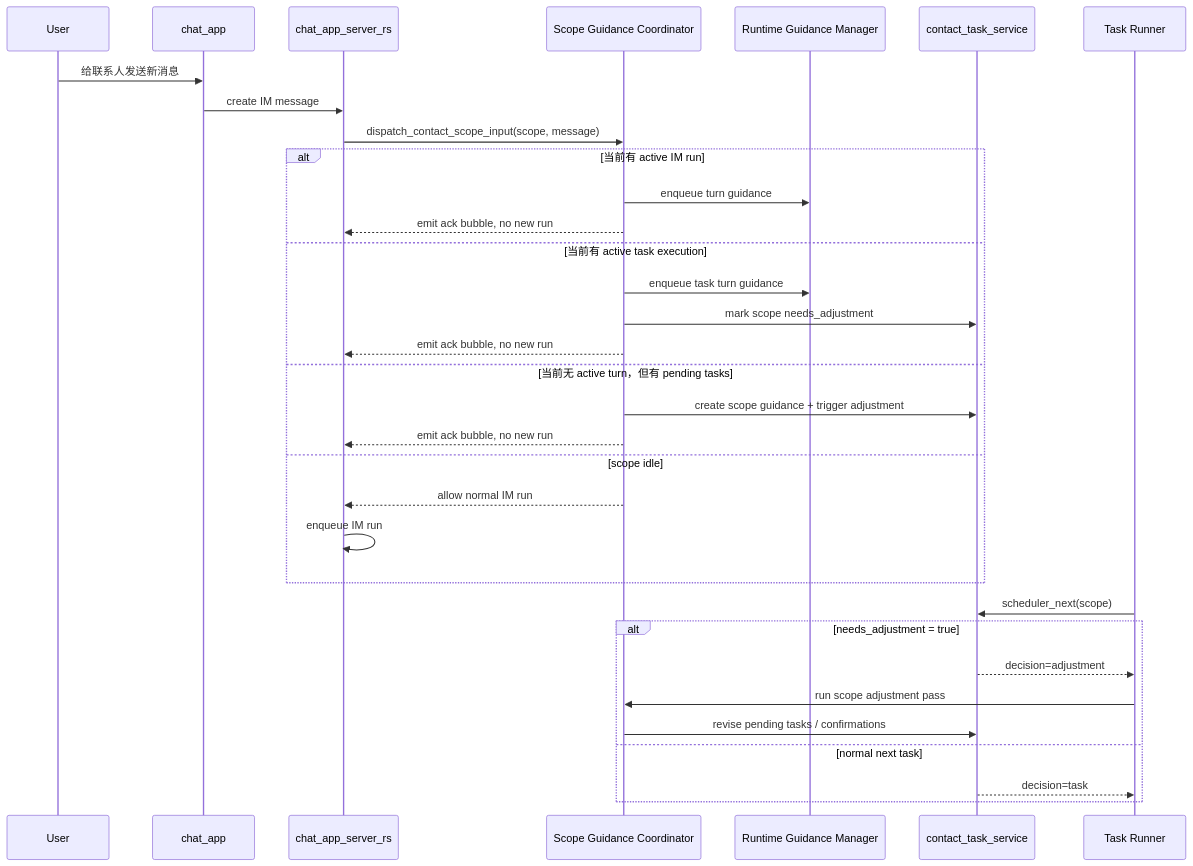
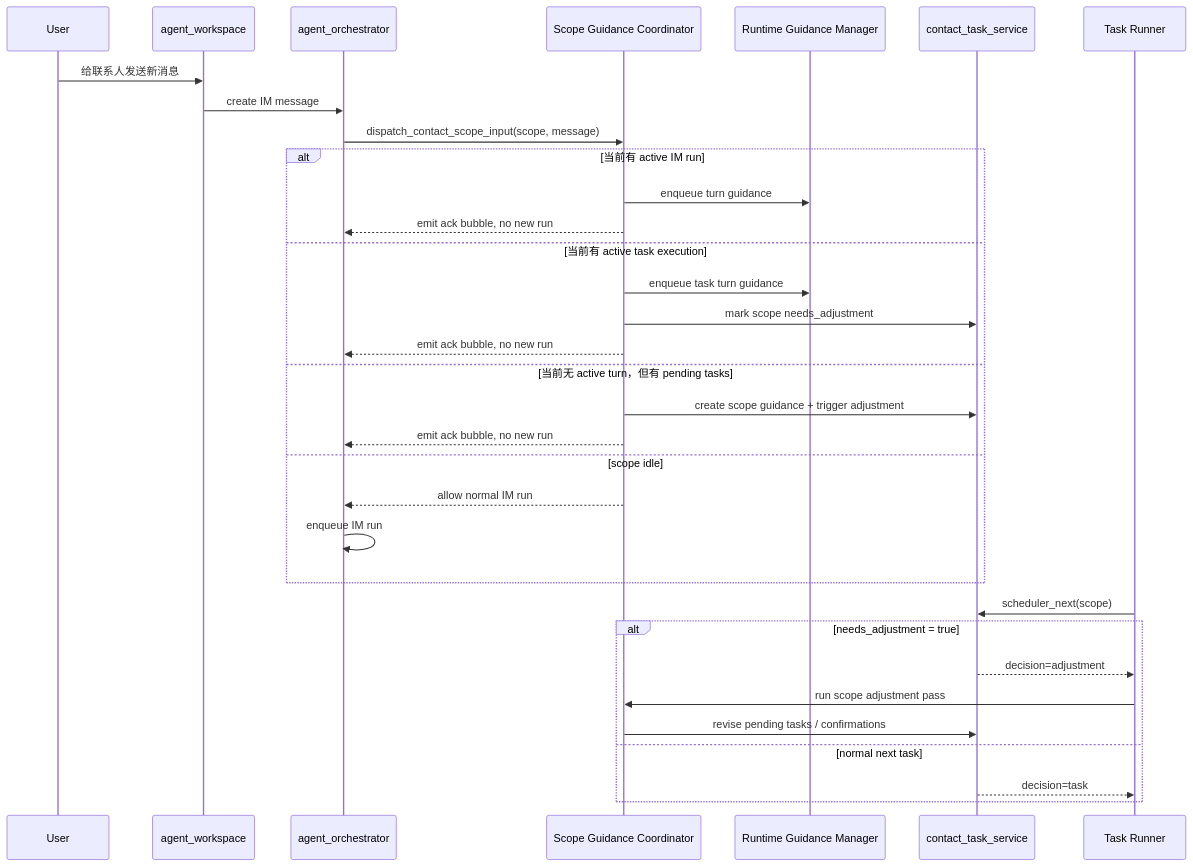
One commit to leeoohoo/chatos_rs changed the second of 2 diagrams in CONTACT_SCOPE_GUIDANCE_PLAN_2026-04-07.md. Above: the diagram before and after it, drawn with Mermaid. The commit also changed 718 other files, not shown here.

````diff
--- a/CONTACT_SCOPE_GUIDANCE_PLAN_2026-04-07.md
+++ b/CONTACT_SCOPE_GUIDANCE_PLAN_2026-04-07.md
@@ -1207,38 +1207,38 @@
 ```mermaid
 sequenceDiagram
     participant U as User
-    participant FE as chat_app
-    participant BE as chat_app_server_rs
+    participant FE as agent_workspace
+    participant BE as agent_orchestrator
     participant SG as Scope Guidance Coordinator
     participant RG as Runtime Guidance Manager
     participant TS as contact_task_service
     participant TR as Task Runner
 
     U->>FE: 给联系人发送新消息
     FE->>BE: create IM message
     BE->>SG: dispatch_contact_scope_input(scope, message)
 
     alt 当前有 active IM run
         SG->>RG: enqueue turn guidance
         SG-->>BE: emit ack bubble, no new run
     else 当前有 active task execution
         SG->>RG: enqueue task turn guidance
         SG->>TS: mark scope needs_adjustment
         SG-->>BE: emit ack bubble, no new run
     else 当前无 active turn，但有 pending tasks
         SG->>TS: create scope guidance + trigger adjustment
         SG-->>BE: emit ack bubble, no new run
     else scope idle
         SG-->>BE: allow normal IM run
         BE->>BE: enqueue IM run
     end
 
     TR->>TS: scheduler_next(scope)
     alt needs_adjustment = true
         TS-->>TR: decision=adjustment
         TR->>SG: run scope adjustment pass
         SG->>TS: revise pending tasks / confirmations
     else normal next task
         TS-->>TR: decision=task
     end
 ```
````
